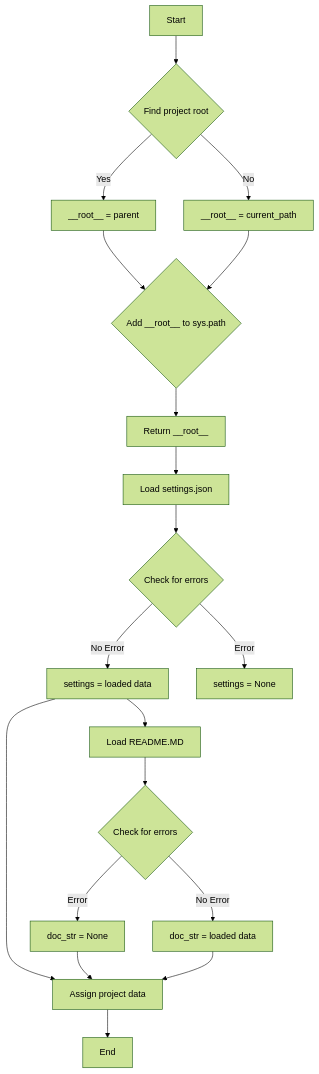
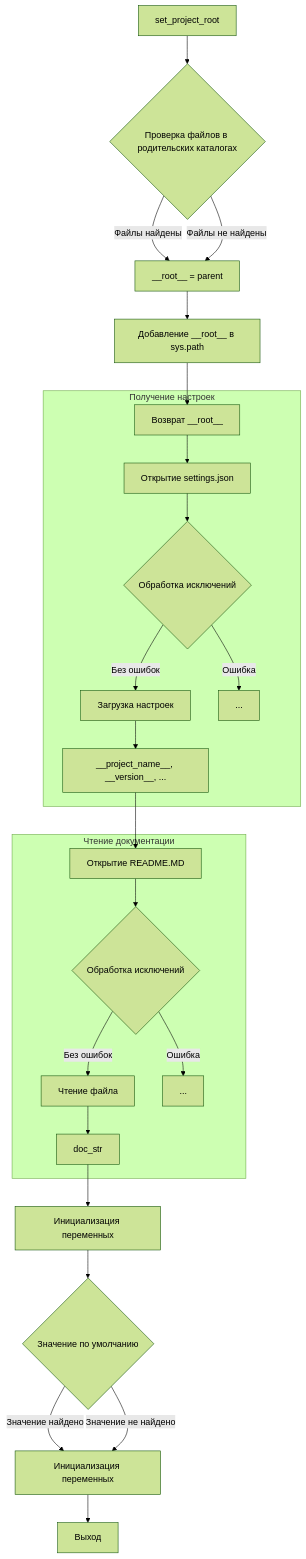
The diagram in docs/gemini/ru/explainer/src/suppliers/ksp/header.md (hypo69/hypo), drawn with Mermaid (forest theme) before and after one commit. The commit also changed other lines of this file and 468 other files, not shown here.

````diff
--- a/docs/gemini/ru/explainer/src/suppliers/ksp/header.md
+++ b/docs/gemini/ru/explainer/src/suppliers/ksp/header.md
@@ -78,21 +104,28 @@
 ```mermaid
 graph TD
-    A[Start] --> B{Find project root};
-    B -- Yes --> C[__root__ = parent];
-    B -- No --> D[__root__ = current_path];
-    C --> E{Add __root__ to sys.path};
-    D --> E;
-    E --> F[Return __root__];
-    F --> G[Load settings.json];
-    G --> H{Check for errors};
-    H -- No Error --> I[settings = loaded data];
-    H -- Error --> J[settings = None];
-    I --> K[Load README.MD];
-    K --> L{Check for errors};
-    L -- No Error --> M[doc_str = loaded data];
-    L -- Error --> N[doc_str = None];
-    I --> O[Assign project data];
-    N --> O;
-    M --> O;
-    O --> P[End];
+    A[set_project_root] --> B{Проверка файлов в родительских каталогах};
+    B -- Файлы найдены --> C[__root__ = parent];
+    B -- Файлы не найдены --> C;
+    C --> D[Добавление __root__ в sys.path];
+    D --> E[Возврат __root__];
+    subgraph Получение настроек
+        E --> F[Открытие settings.json];
+        F --> G{Обработка исключений};
+        G -- Без ошибок --> H[Загрузка настроек];
+        G -- Ошибка --> I[...];
+        H --> J[__project_name__, __version__, ...];
+    end
+    subgraph Чтение документации
+        J --> K[Открытие README.MD];
+        K --> L{Обработка исключений};
+        L -- Без ошибок --> M[Чтение файла];
+        L -- Ошибка --> N[...];
+        M --> O[doc_str];
+    end
+    O --> P[Инициализация переменных];
+    P --> Q{Значение по умолчанию};
+    Q -- Значение найдено --> R[Инициализация переменных];
+    Q -- Значение не найдено --> R;
+    R --> S[Выход];
+
 ```
````
